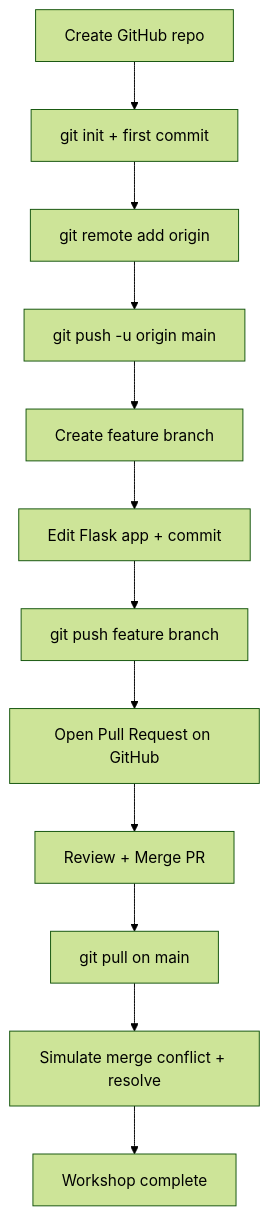
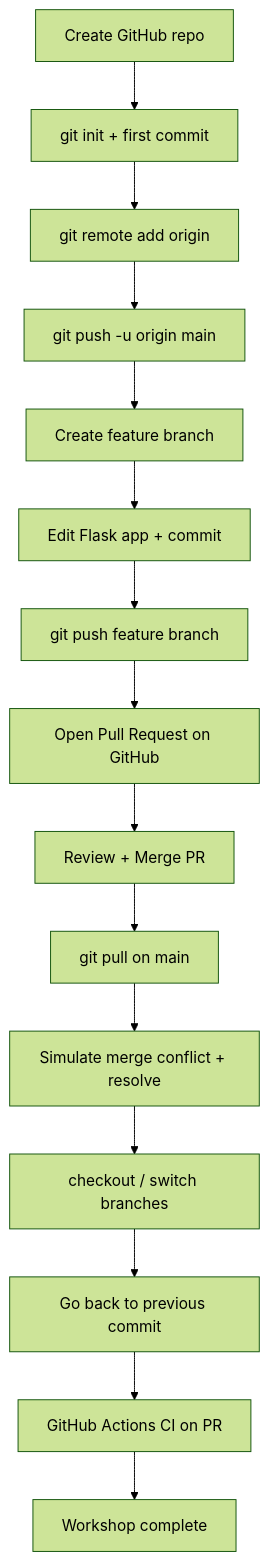
The first of 5 diagrams in artifacts/PROCESS_FLOW.md (kamalsingh-engg/git_basic_course), drawn with Mermaid (forest theme) before and after one commit. The commit also changed other lines of this file and 4 other files, not shown here.

First line of the commit message:
Add GitHub Actions CI and extended workshop docs (Blocks 7-9)

````diff
--- a/artifacts/PROCESS_FLOW.md
+++ b/artifacts/PROCESS_FLOW.md
@@ -20,14 +20,17 @@
 ```mermaid
 flowchart TD
     A[Create GitHub repo] --> B[git init + first commit]
     B --> C[git remote add origin]
     C --> D[git push -u origin main]
     D --> E[Create feature branch]
     E --> F[Edit Flask app + commit]
     F --> G[git push feature branch]
     G --> H[Open Pull Request on GitHub]
     H --> I[Review + Merge PR]
     I --> J[git pull on main]
     J --> K[Simulate merge conflict + resolve]
-    K --> L[Workshop complete]
+    K --> L[checkout / switch branches]
+    L --> M[Go back to previous commit]
+    M --> N[GitHub Actions CI on PR]
+    N --> O[Workshop complete]
 ```
````
